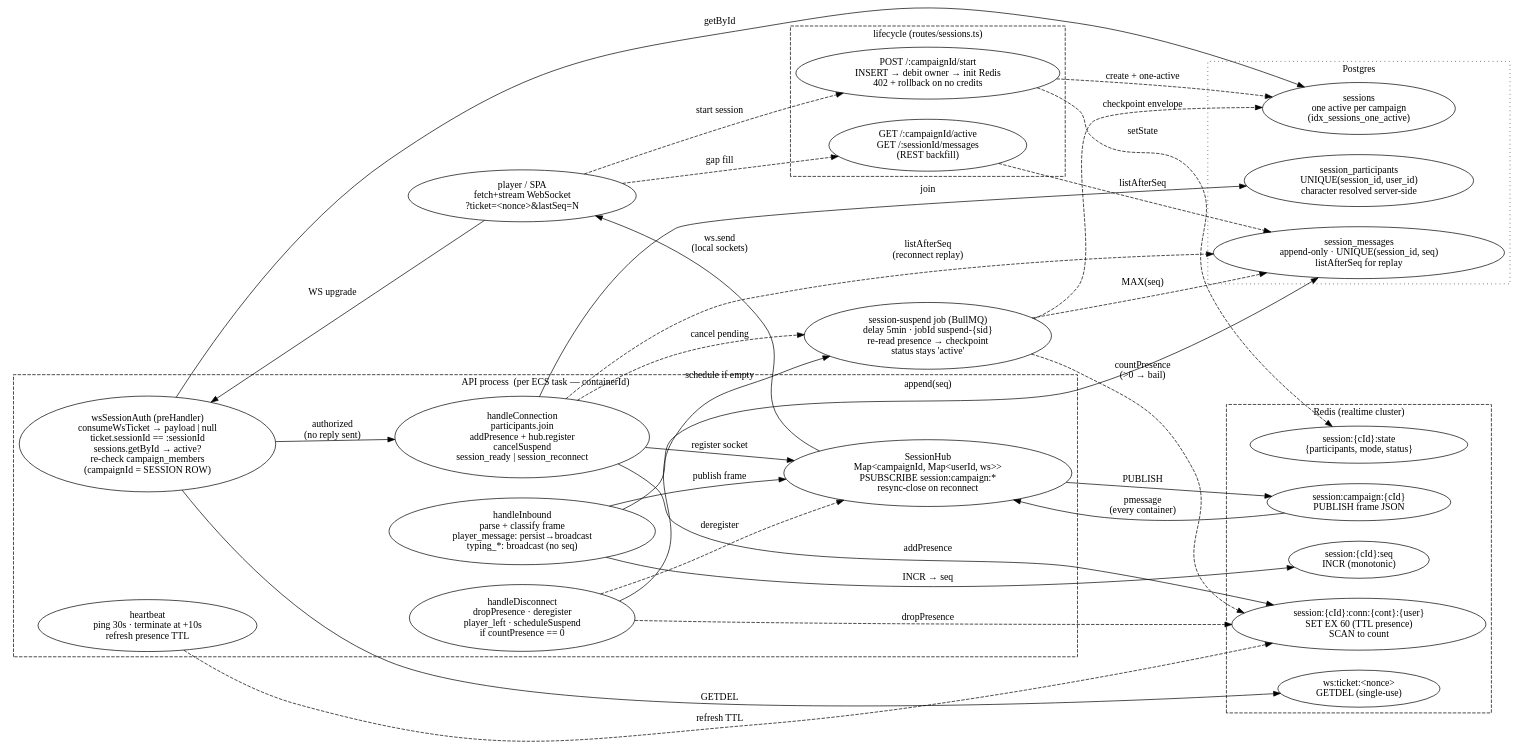
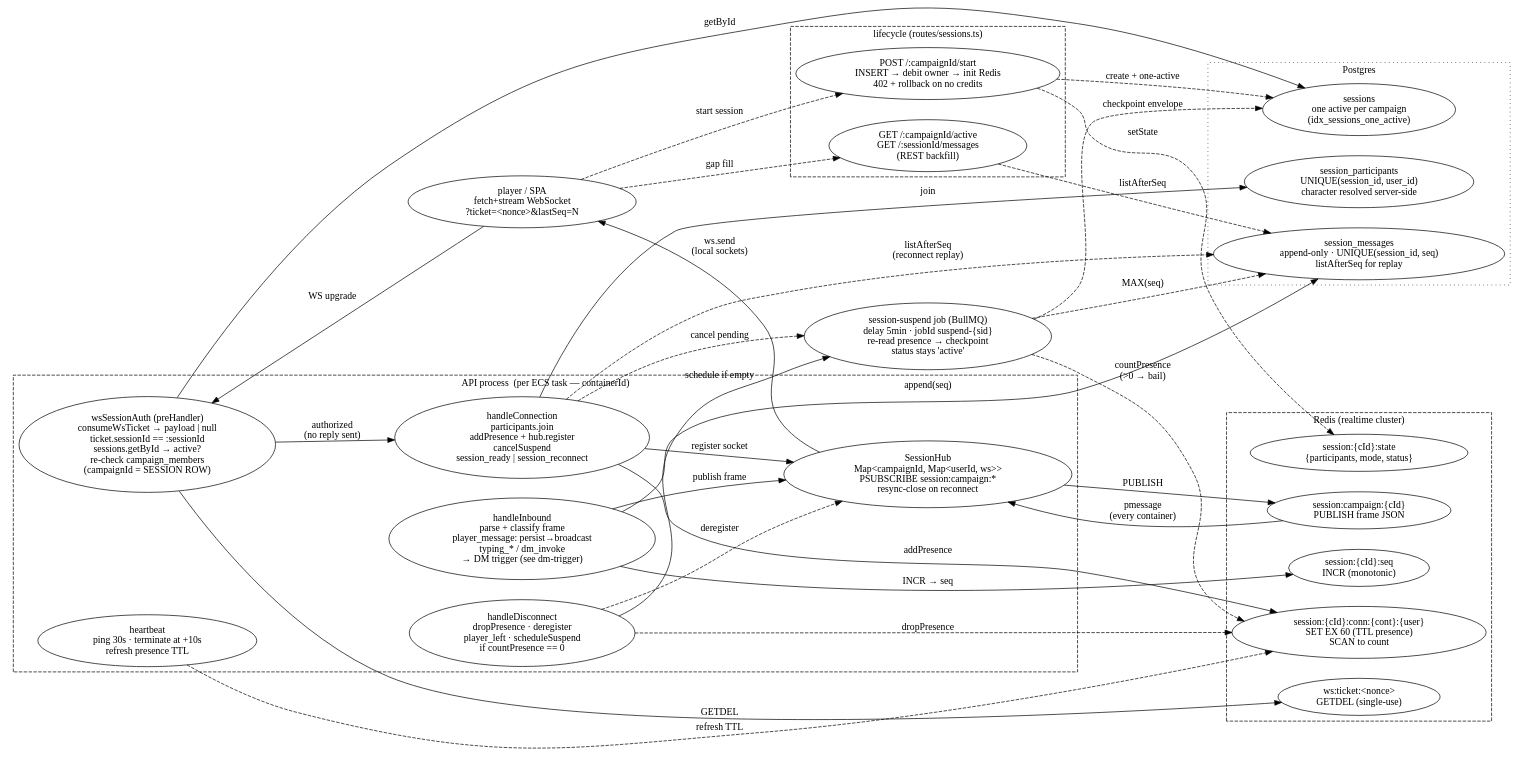
Before and after one commit to mythrun/mythrun: the diagram in docs/wiki/diagrams/runtime/session-transport.dot, drawn with Graphviz. The commit also changed 30 other files, not shown here.

```diff
--- a/docs/wiki/diagrams/runtime/session-transport.dot
+++ b/docs/wiki/diagrams/runtime/session-transport.dot
@@ -1,106 +1,106 @@
 digraph session_transport {
   // The live multiplayer WebSocket session transport. A player mints a
   // single-use ws-ticket (HTTP), then upgrades GET /ws/session/:sessionId
   // carrying it as a query param. wsSessionAuth consumes the ticket
   // PRE-UPGRADE, re-checks membership against the LOADED session row, and
   // only then completes the handshake. Inbound chat is persist-then-broadcast:
   // a server-assigned Redis-INCR seq, an append to session_messages, then a
   // fan-out through the SessionHub. The hub PSUBSCRIBEs one Redis channel per
   // campaign so a message published on any API container reaches every
   // container's locally-connected sockets. Presence is a TTL key per
   // connection; the last disconnect schedules a delayed BullMQ suspend job
   // that re-reads presence on fire (idempotent, crash-safe).
   rankdir=LR;
   compound=true;
   nodesep=0.4;
   ranksep=0.8;
 
   client [label="player / SPA\nfetch+stream WebSocket\n?ticket=<nonce>&lastSeq=N", color="ember", fontcolor="ember"];
 
   subgraph cluster_api {
     label="API process  (per ECS task — containerId)";
     style="dashed";
 
     auth   [label="wsSessionAuth (preHandler)\nconsumeWsTicket → payload | null\nticket.sessionId == :sessionId\nsessions.getById → active?\nre-check campaign_members\n(campaignId = SESSION ROW)"];
     conn   [label="handleConnection\nparticipants.join\naddPresence + hub.register\ncancelSuspend\nsession_ready | session_reconnect"];
-    inbound [label="handleInbound\nparse + classify frame\nplayer_message: persist→broadcast\ntyping_*: broadcast (no seq)"];
+    inbound [label="handleInbound\nparse + classify frame\nplayer_message: persist→broadcast\ntyping_* / dm_invoke\n→ DM trigger (see dm-trigger)"];
     heart  [label="heartbeat\nping 30s · terminate at +10s\nrefresh presence TTL"];
     disc   [label="handleDisconnect\ndropPresence · deregister\nplayer_left · scheduleSuspend\nif countPresence == 0"];
     hub    [label="SessionHub\nMap<campaignId, Map<userId, ws>>\nPSUBSCRIBE session:campaign:*\nresync-close on reconnect", color="ember", fontcolor="ember"];
   }
 
   subgraph cluster_redis {
     label="Redis (realtime cluster)";
     style="dashed";
     color="ember";
     fontcolor="ember";
 
     ticket  [label="ws:ticket:<nonce>\nGETDEL (single-use)"];
     seq     [label="session:{cId}:seq\nINCR (monotonic)"];
     pres    [label="session:{cId}:conn:{cont}:{user}\nSET EX 60 (TTL presence)\nSCAN to count"];
     state   [label="session:{cId}:state\n{participants, mode, status}"];
     channel [label="session:campaign:{cId}\nPUBLISH frame JSON", color="ember", fontcolor="ember"];
   }
 
   subgraph cluster_pg {
     label="Postgres";
     style="dotted";
 
     sessions    [label="sessions\none active per campaign\n(idx_sessions_one_active)"];
     messages    [label="session_messages\nappend-only · UNIQUE(session_id, seq)\nlistAfterSeq for replay"];
     participants [label="session_participants\nUNIQUE(session_id, user_id)\ncharacter resolved server-side"];
   }
 
   subgraph cluster_lifecycle {
     label="lifecycle (routes/sessions.ts)";
     style="dashed";
     color="ember";
     fontcolor="ember";
 
     start [label="POST /:campaignId/start\nINSERT → debit owner → init Redis\n402 + rollback on no credits"];
     rest  [label="GET /:campaignId/active\nGET /:sessionId/messages\n(REST backfill)"];
   }
 
   suspend [label="session-suspend job (BullMQ)\ndelay 5min · jobId suspend-{sid}\nre-read presence → checkpoint\nstatus stays 'active'", color="ember", fontcolor="ember"];
 
   // Mint + upgrade
   client -> start    [label="start session", style=dashed];
   start  -> sessions [label="create + one-active", style=dashed];
   start  -> state    [label="setState", style=dashed];
   client -> auth     [label="WS upgrade"];
   auth   -> ticket   [label="GETDEL"];
   auth   -> sessions [label="getById"];
   auth   -> conn     [label="authorized\n(no reply sent)"];
 
   // Connect
   conn -> participants [label="join"];
   conn -> pres         [label="addPresence"];
   conn -> hub          [label="register socket"];
   conn -> suspend      [label="cancel pending", style=dashed];
   conn -> messages     [label="listAfterSeq\n(reconnect replay)", style=dashed];
 
   // Inbound chat: persist-then-broadcast
   inbound -> seq      [label="INCR → seq"];
   inbound -> messages [label="append(seq)"];
   inbound -> hub      [label="publish frame"];
 
   // Cross-container fan-out
   hub     -> channel [label="PUBLISH"];
   channel -> hub     [label="pmessage\n(every container)", color="ember"];
   hub     -> client  [label="ws.send\n(local sockets)"];
 
   // Heartbeat + disconnect
   heart -> pres    [label="refresh TTL", style=dashed];
   disc  -> pres    [label="dropPresence", style=dashed];
   disc  -> hub     [label="deregister", style=dashed];
   disc  -> suspend [label="schedule if empty"];
 
   // Suspend processor
   suspend -> pres     [label="countPresence\n(>0 → bail)", style=dashed];
   suspend -> messages [label="MAX(seq)", style=dashed];
   suspend -> sessions [label="checkpoint envelope", style=dashed];
 
   // REST backfill
   client -> rest     [label="gap fill", style=dashed];
   rest   -> messages [label="listAfterSeq", style=dashed];
 }
```
